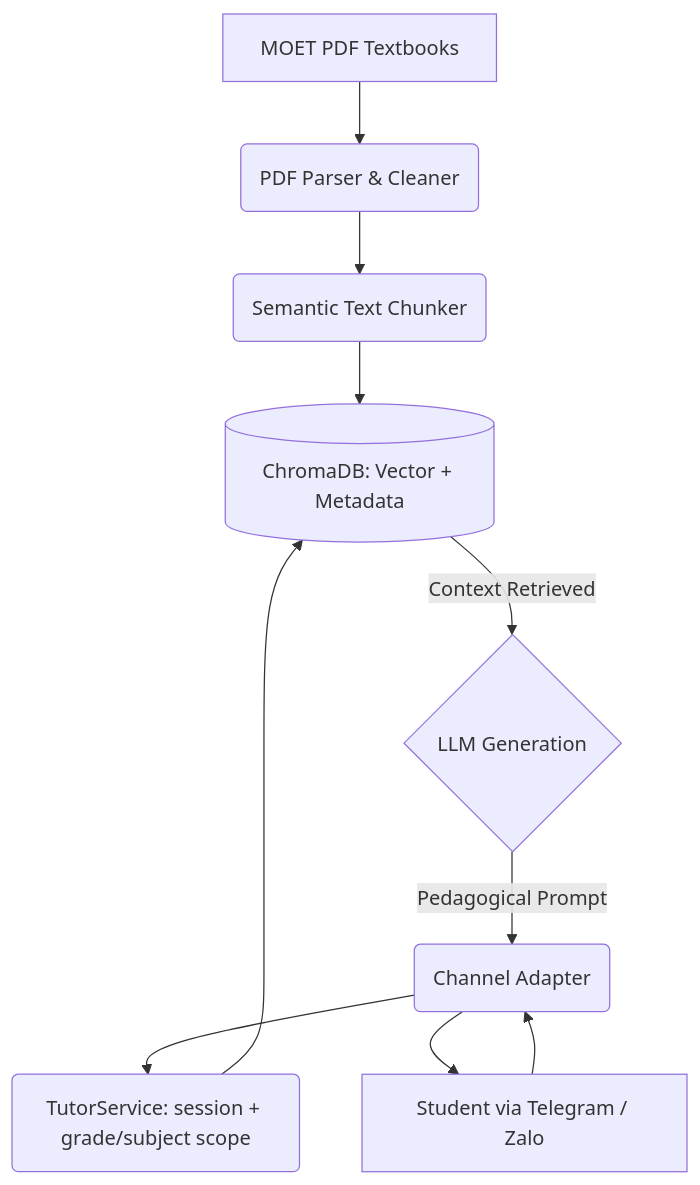
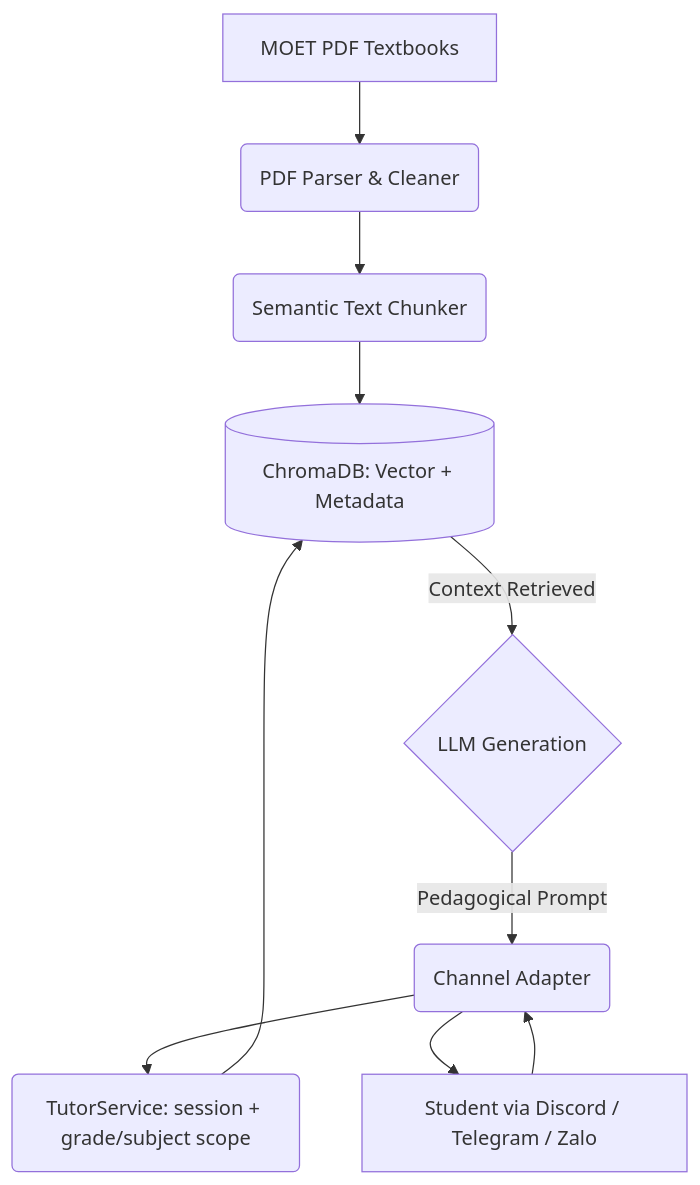
One commit to quannguyencoder/dora_edu changed the diagram in README.md. Above: the diagram before and after it, drawn with Mermaid. The commit also changed other lines of this file and 11 other files, not shown here.

First line of the commit message:
feat: Discord channel adapter + Gemini LLM backend

````diff
--- a/README.md
+++ b/README.md
@@ -19,12 +19,12 @@
 ```mermaid
 graph TD;
     A[MOET PDF Textbooks] --> B(PDF Parser & Cleaner)
     B --> C(Semantic Text Chunker)
     C --> D[(ChromaDB: Vector + Metadata)]
-    E[Student via Telegram / Zalo] --> F(Channel Adapter)
+    E[Student via Discord / Telegram / Zalo] --> F(Channel Adapter)
     F --> G(TutorService: session + grade/subject scope)
     G --> D
     D -- Context Retrieved --> H{LLM Generation}
     H -- "Pedagogical Prompt" --> F
     F --> E
 ```
````
